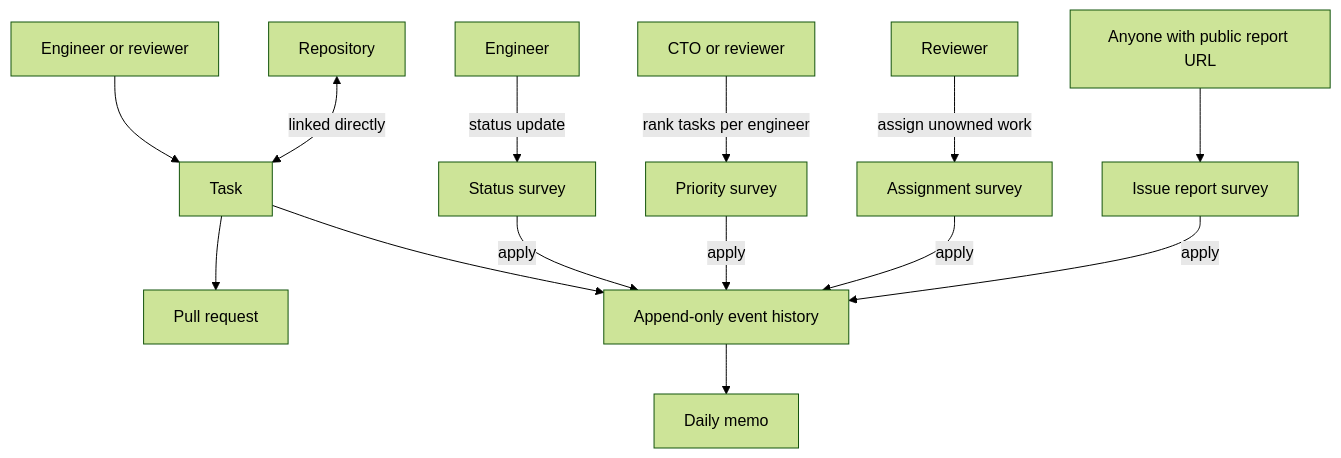
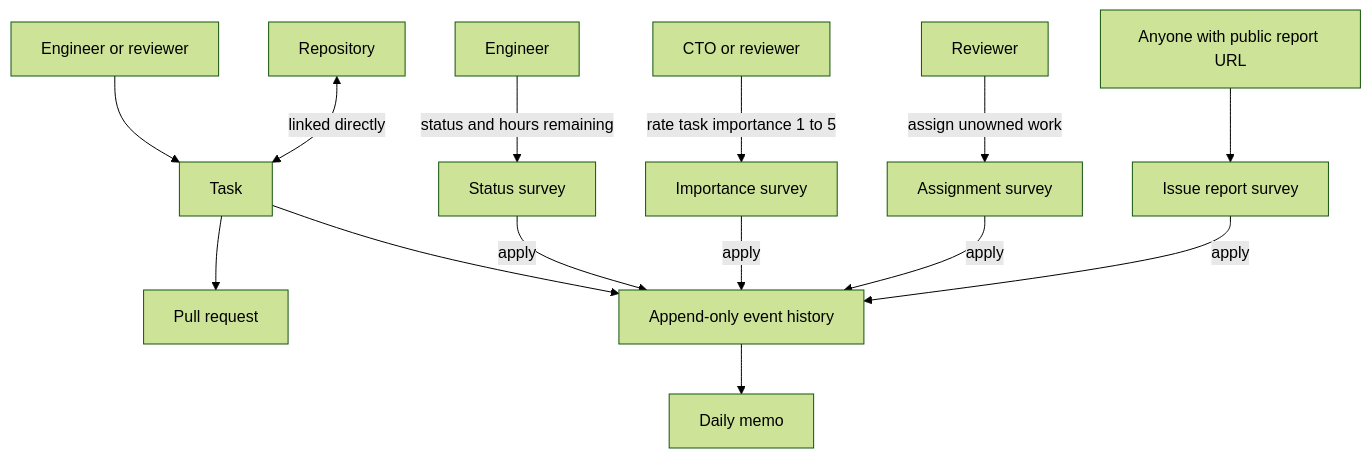
One commit to expectedparrot/tracker changed the diagram in README.md. Above: the diagram before and after it, drawn with Mermaid (forest theme). The commit also changed other lines of this file and 4 other files, not shown here.

Commit message:
Prioritize tasks by importance and effort

````diff
--- a/README.md
+++ b/README.md
@@ -23,16 +55,16 @@
 ```mermaid
 flowchart TD
     Person[Engineer or reviewer] --> Task[Task]
     Repo[Repository] <-->|linked directly| Task
     Task --> PR[Pull request]
-    Engineer[Engineer] -->|status update| Update[Status survey]
-    CTO[CTO or reviewer] -->|rank tasks per engineer| Ranking[Priority survey]
+    Engineer[Engineer] -->|status and hours remaining| Update[Status survey]
+    CTO[CTO or reviewer] -->|rate task importance 1 to 5| Rating[Importance survey]
     Reviewer[Reviewer] -->|assign unowned work| Assignment[Assignment survey]
     Reporter[Anyone with public report URL] --> Intake[Issue report survey]
     Task --> Events[Append-only event history]
     Update -->|apply| Events
-    Ranking -->|apply| Events
+    Rating -->|apply| Events
     Assignment -->|apply| Events
     Intake -->|apply| Events
     Events --> Memo[Daily memo]
 ```
````
